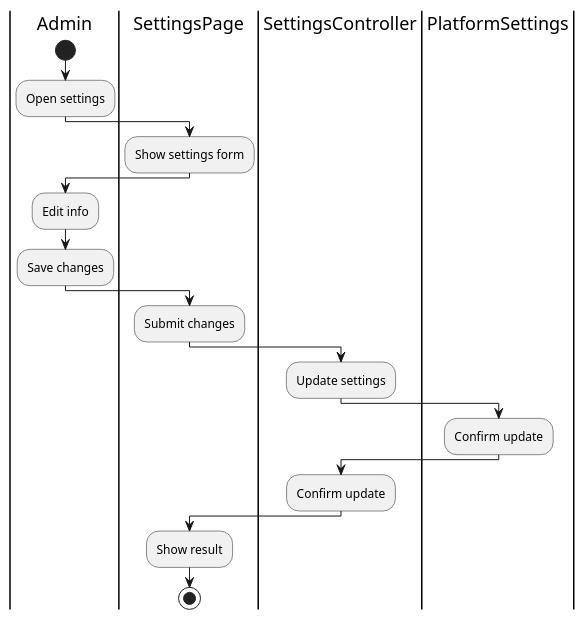
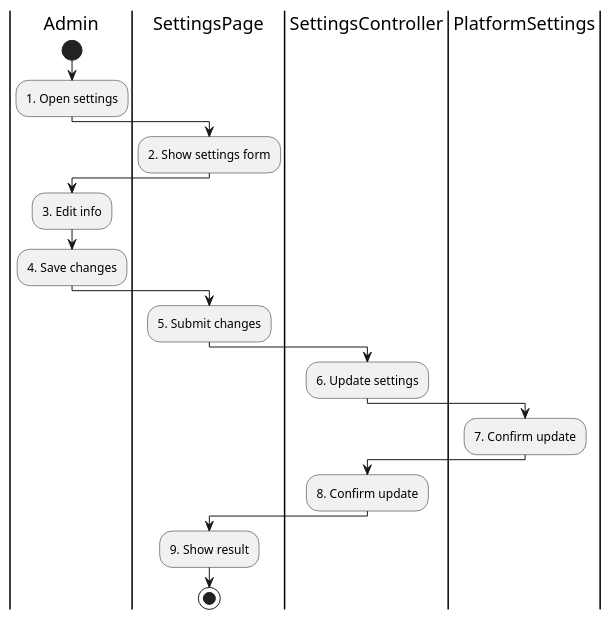
The diagram in docs/2. Diagrams/Activity diagram/22. UpdateSystemSettings/UpdateSystemSettings.pu (Huangphoux/uit-SE357_requirement), drawn with PlantUML before and after one commit. The commit also changed 85 other files, not shown here.

```diff
--- a/docs/2. Diagrams/Activity diagram/22. UpdateSystemSettings/UpdateSystemSettings.pu
+++ b/docs/2. Diagrams/Activity diagram/22. UpdateSystemSettings/UpdateSystemSettings.pu
@@ -1,21 +1,21 @@
 @startuml UpdateSystemSettings
 |Admin|
 start
-:Open settings;
+:1. Open settings;
 |SettingsPage|
-:Show settings form;
+:2. Show settings form;
 |Admin|
-:Edit info;
-:Save changes;
+:3. Edit info;
+:4. Save changes;
 |SettingsPage|
-:Submit changes;
+:5. Submit changes;
 |SettingsController|
-:Update settings;
+:6. Update settings;
 |PlatformSettings|
-:Confirm update;
+:7. Confirm update;
 |SettingsController|
-:Confirm update;
+:8. Confirm update;
 |SettingsPage|
-:Show result;
+:9. Show result;
 stop
 @enduml
```
